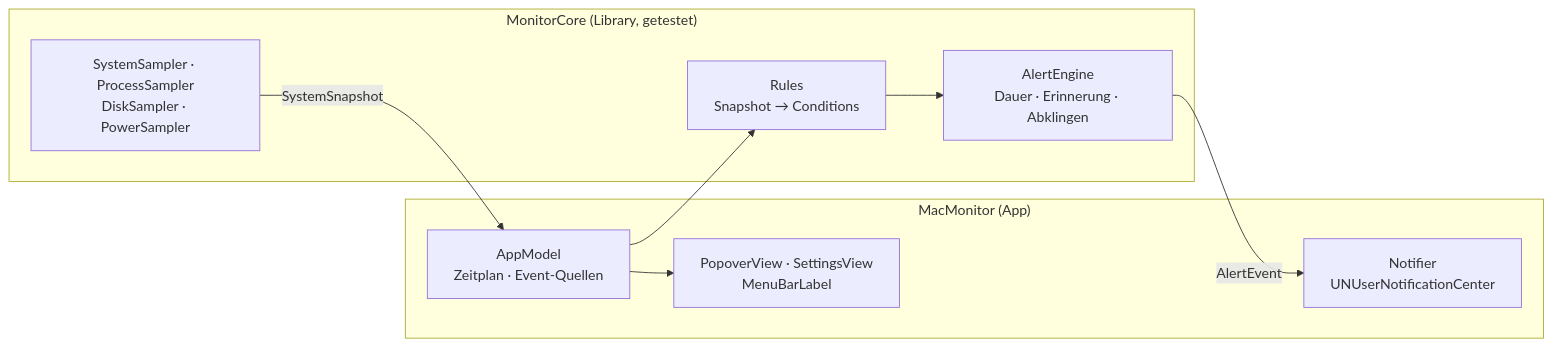
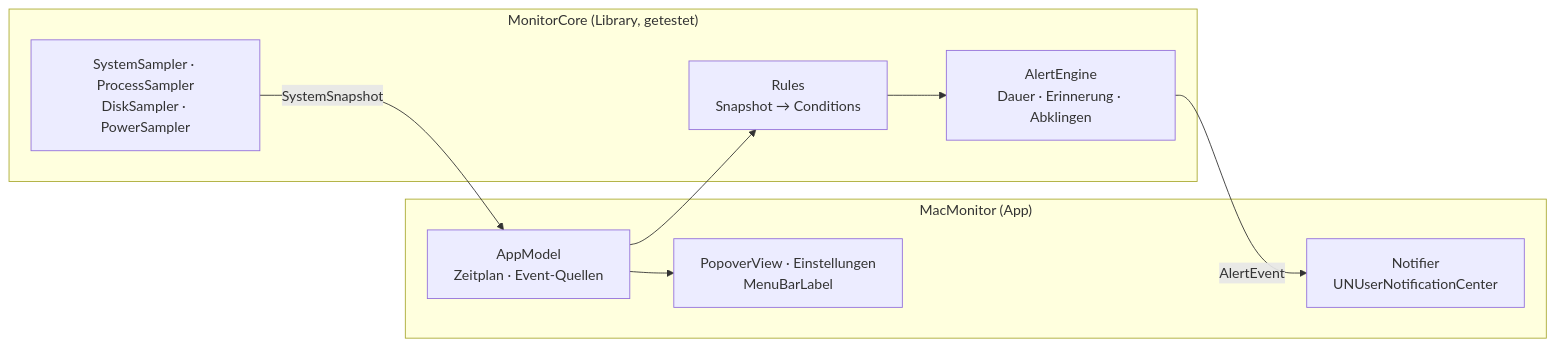
Before and after one commit to fbrogno/mac-monitor: the diagram in README.md, drawn with Mermaid. The commit also changed other lines of this file and 6 other files, not shown here.

````diff
--- a/README.md
+++ b/README.md
@@ -161,16 +222,16 @@
 ```mermaid
 flowchart LR
     subgraph App["MacMonitor (App)"]
         Model["AppModel<br/>Zeitplan · Event-Quellen"]
         Notifier["Notifier<br/>UNUserNotificationCenter"]
-        UI["PopoverView · SettingsView<br/>MenuBarLabel"]
+        UI["PopoverView · Einstellungen<br/>MenuBarLabel"]
     end
     subgraph Core["MonitorCore (Library, getestet)"]
         Samplers["SystemSampler · ProcessSampler<br/>DiskSampler · PowerSampler"]
         Rules["Rules<br/>Snapshot → Conditions"]
         Engine["AlertEngine<br/>Dauer · Erinnerung · Abklingen"]
     end
     Samplers -->|SystemSnapshot| Model
     Model --> Rules --> Engine -->|AlertEvent| Notifier
     Model --> UI
 ```
````
